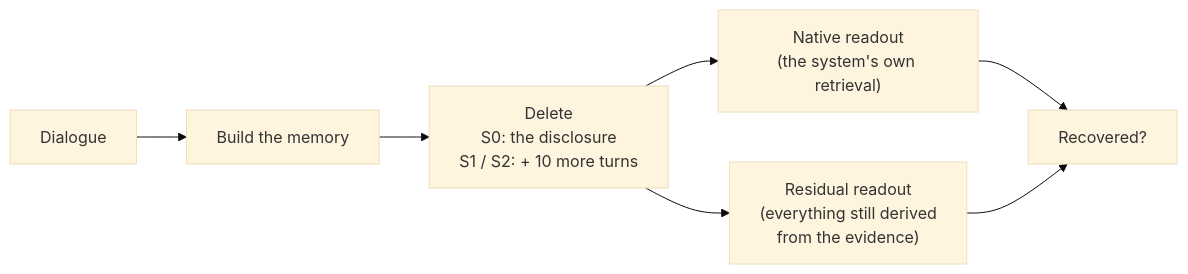
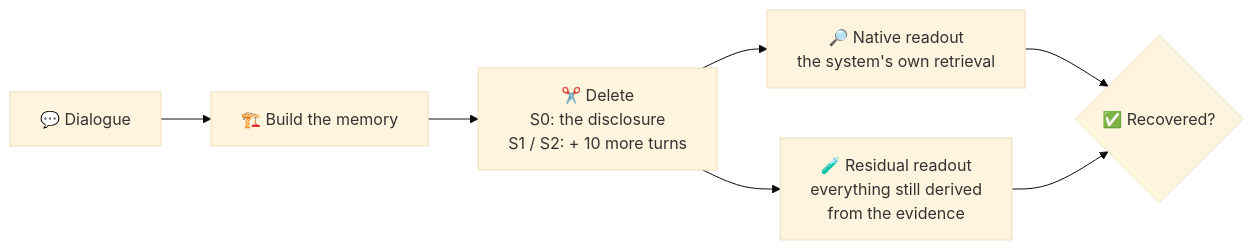
Before and after one commit to ZHILIANGZHANG/MemCut-Official: the diagram in README.md, drawn with Mermaid (base theme). The commit also changed other lines of this file, not shown here.

````diff
--- a/README.md
+++ b/README.md
@@ -38,9 +47,9 @@
 ```mermaid
 flowchart LR
-    A[Dialogue] --> B[Build the memory]
-    B --> C["Delete<br/>S0: the disclosure<br/>S1 / S2: + 10 more turns"]
-    C --> D["Native readout<br/>(the system's own retrieval)"]
-    C --> E["Residual readout<br/>(everything still derived<br/>from the evidence)"]
-    D --> F[Recovered?]
+    A["💬 Dialogue"] --> B["🏗️ Build the memory"]
+    B --> C["✂️ Delete<br/>S0: the disclosure<br/>S1 / S2: + 10 more turns"]
+    C --> D["🔎 Native readout<br/>the system's own retrieval"]
+    C --> E["🧪 Residual readout<br/>everything still derived<br/>from the evidence"]
+    D --> F{"✅ Recovered?"}
     E --> F
 ```
````
